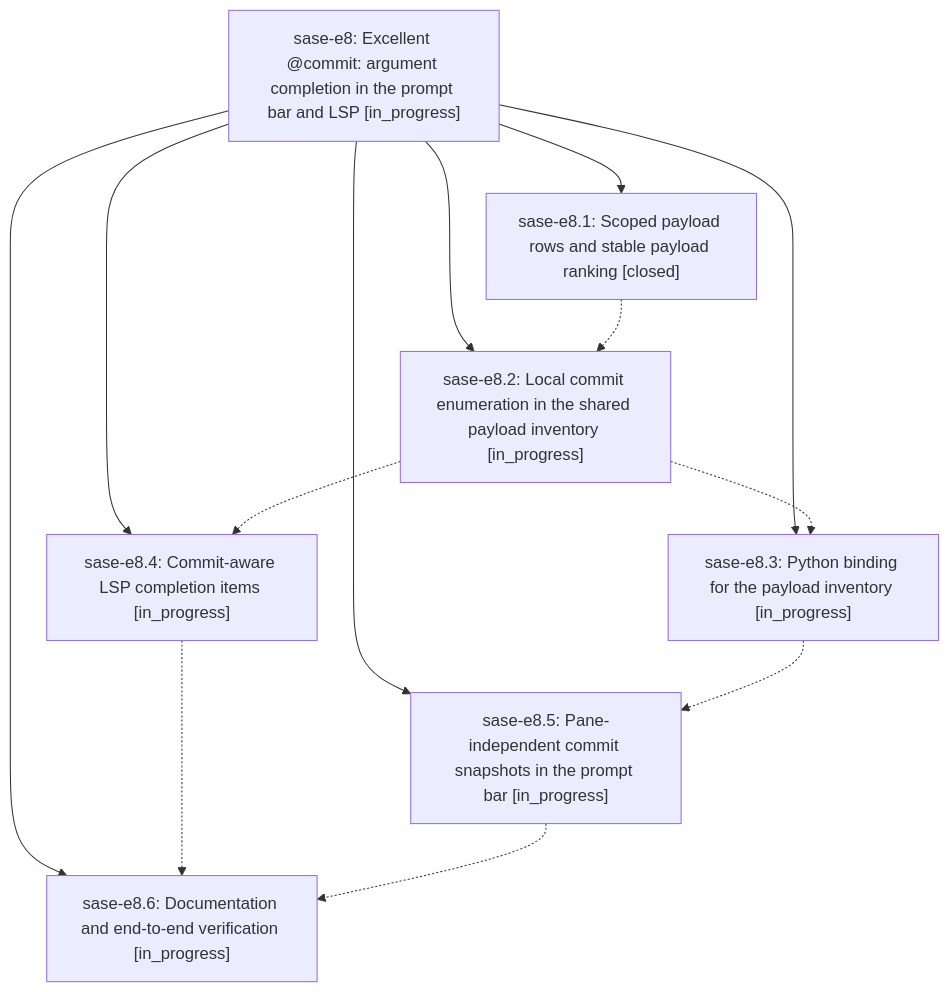
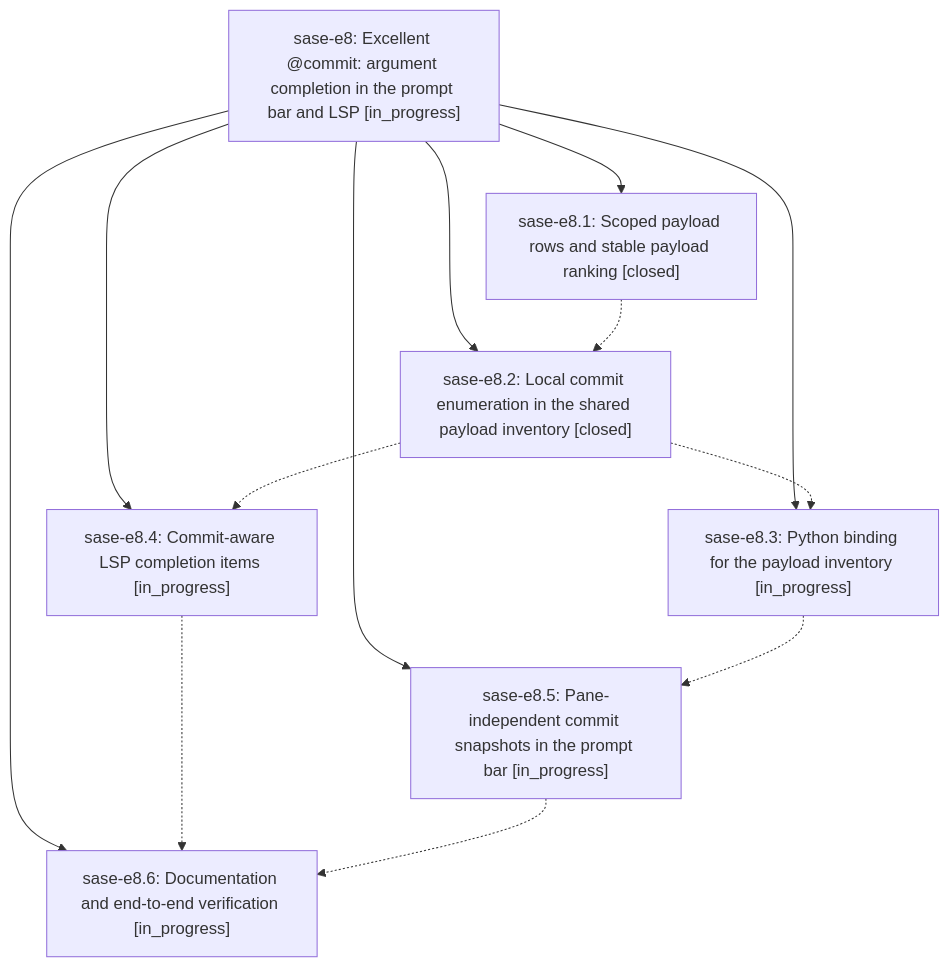
The diagram in pages/sase-e8/README.md (sase-org/sase--beads), drawn with Mermaid before and after one commit. The commit also changed other lines of this file and 4 other files, not shown here.

````diff
--- a/pages/sase-e8/README.md
+++ b/pages/sase-e8/README.md
@@ -27,22 +27,22 @@
 ```mermaid
 flowchart TD
     n0["sase-e8: Excellent @commit: argument completion in the prompt bar and LSP [in_progress]"]
     n1["sase-e8.1: Scoped payload rows and stable payload ranking [closed]"]
-    n2["sase-e8.2: Local commit enumeration in the shared payload inventory [in_progress]"]
+    n2["sase-e8.2: Local commit enumeration in the shared payload inventory [closed]"]
     n3["sase-e8.3: Python binding for the payload inventory [in_progress]"]
     n4["sase-e8.4: Commit-aware LSP completion items [in_progress]"]
     n5["sase-e8.5: Pane-independent commit snapshots in the prompt bar [in_progress]"]
     n6["sase-e8.6: Documentation and end-to-end verification [in_progress]"]
     n0 --> n1
     n0 --> n2
     n0 --> n3
     n0 --> n4
     n0 --> n5
     n0 --> n6
     n1 -.-> n2
     n2 -.-> n3
     n2 -.-> n4
     n3 -.-> n5
     n4 -.-> n6
     n5 -.-> n6
 ```
````
